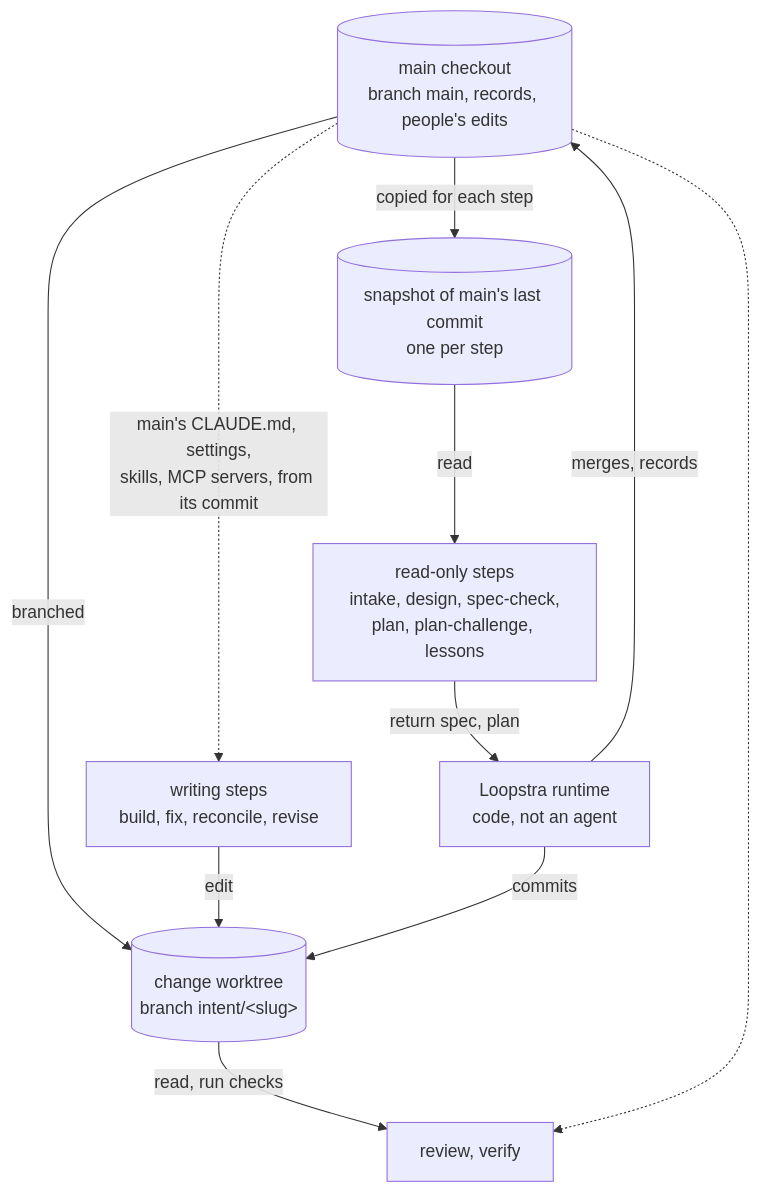
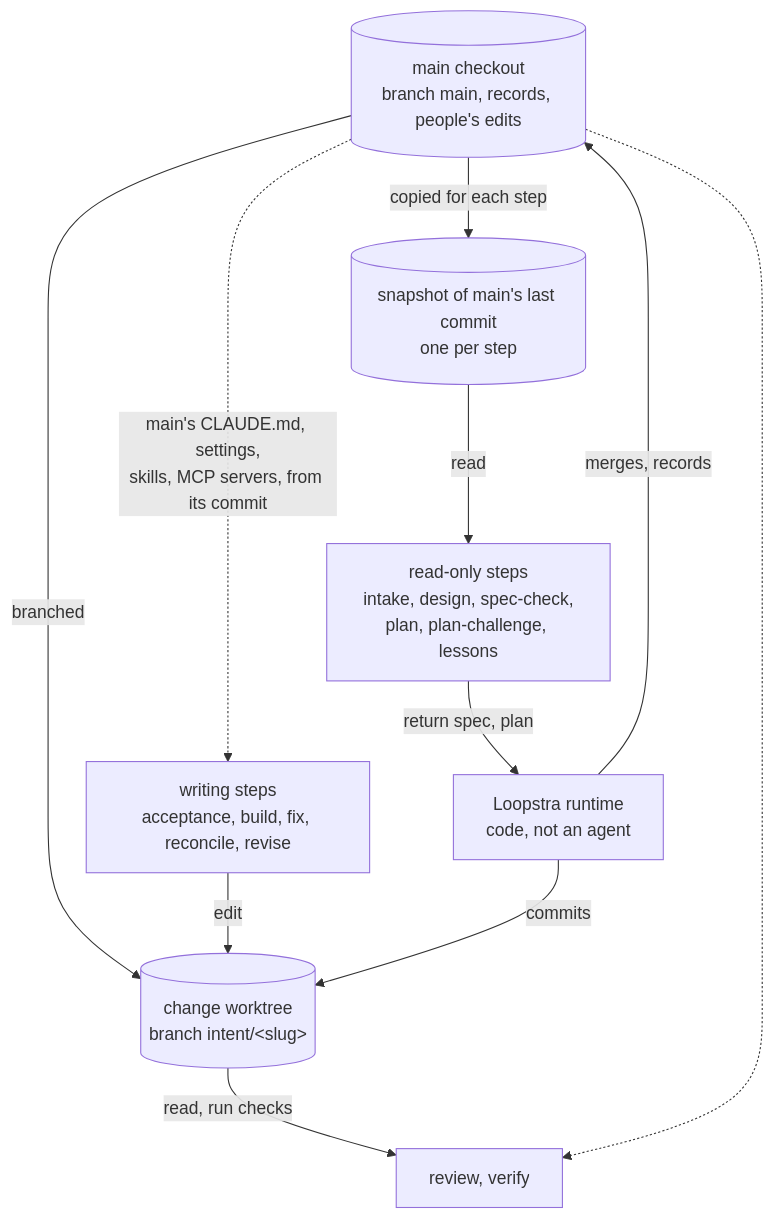
One commit to jflavan/loopstra changed the fourth of 6 diagrams in README.md. Above: the diagram before and after it, drawn with Mermaid. The commit also changed other lines of this file and 2 other files, not shown here.

First line of the commit message:
feat(acceptance): document acceptance tests

````diff
--- a/README.md
+++ b/README.md
@@ -394,16 +397,16 @@
 ```mermaid
 flowchart TB
   main[("main checkout<br/>branch main, records, people's edits")]
   snap[("snapshot of main's last commit<br/>one per step")]
   wt[("change worktree<br/>branch intent/#lt;slug#gt;")]
   main -->|copied for each step| snap
   main -->|branched| wt
   snap -->|read| ro["read-only steps<br/>intake, design, spec-check,<br/>plan, plan-challenge, lessons"]
-  wr["writing steps<br/>build, fix, reconcile, revise"] -->|edit| wt
+  wr["writing steps<br/>acceptance, build, fix, reconcile, revise"] -->|edit| wt
   wt -->|read, run checks| chk["review, verify"]
   main -.->|"main's CLAUDE.md, settings,<br/>skills, MCP servers, from its commit"| wr
   main -.-> chk
   ro -->|return spec, plan| rt["Loopstra runtime<br/>code, not an agent"]
   rt -->|commits| wt
   rt -->|merges, records| main
 ```
````
